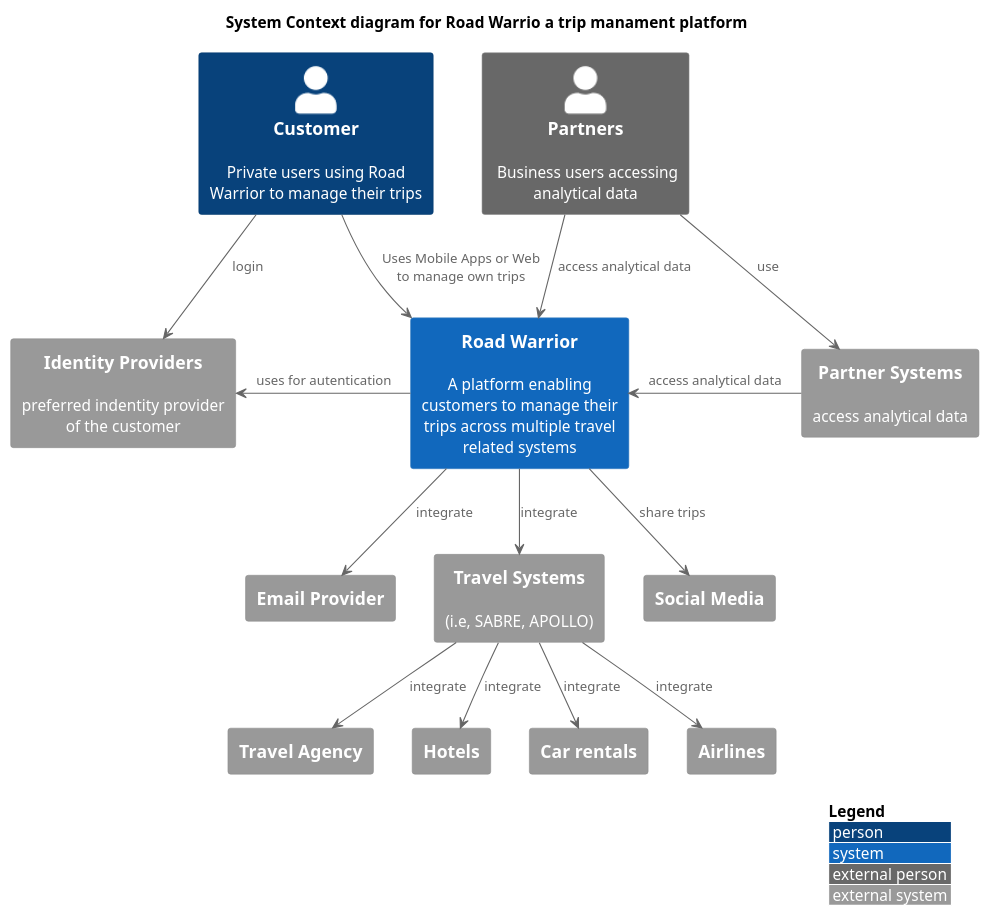
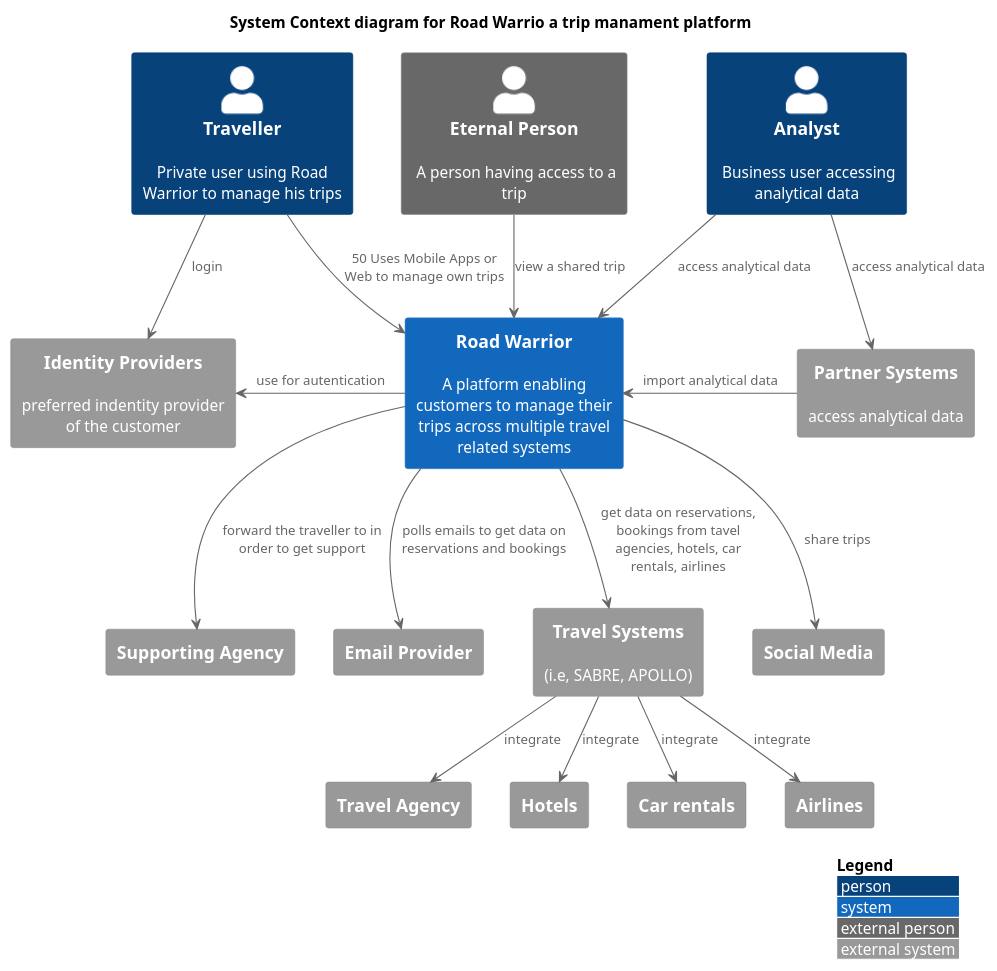
The diagram in diagrams/context.puml (wschaef/architecture-kata-2023), drawn with PlantUML before and after one commit. The commit also changed 1 other file, not shown here.

```diff
--- a/diagrams/context.puml
+++ b/diagrams/context.puml
@@ -1,35 +1,39 @@
 @startuml
 !include <C4/C4_Context>
 
 LAYOUT_WITH_LEGEND()
 
 title System Context diagram for Road Warrio a trip manament platform
 
-Person(customer, "Customer", "Private users using Road Warrior to manage their trips") 
-Person_Ext(partnerUser, "Partners", " Business users accessing analytical data")
+Person(customer, "Traveller", "Private user using Road Warrior to manage his trips") 
+Person(partnerUser, "Analyst", " Business user accessing analytical data")
+Person_Ext(extPerson, "Eternal Person", " A person having access to a trip")
 System(system, "Road Warrior", "A platform enabling customers to manage their trips across multiple travel related systems") 
 System_Ext(travelAgency, "Travel Agency")
+System_Ext(supportingAgency, "Supporting Agency")
 System_Ext(emailProvider, "Email Provider")
 System_Ext(hotels, "Hotels")
 System_Ext(carRentals, "Car rentals")
 System_Ext(airlines, "Airlines")
 System_Ext(travelSystems, "Travel Systems", "(i.e, SABRE, APOLLO)")
 System_Ext(socialMedia, "Social Media")
 System_Ext(partnerSystems, "Partner Systems", "access analytical data")
 System_Ext(idps, "Identity Providers", "preferred indentity provider of the customer")
 
-customer --> system : Uses Mobile Apps or Web to manage own trips
+customer --> system :50 Uses Mobile Apps or Web to manage own trips
 customer --> idps: login
+extPerson --> system: view a shared trip
 partnerUser --> system: access analytical data
-partnerUser --> partnerSystems: use
-system --> travelSystems : integrate
-system -L-> idps: uses for autentication 
+partnerUser --> partnerSystems: access analytical data
+system --> travelSystems : get data on reservations, bookings from tavel agencies, hotels, car rentals, airlines
+system -L-> idps: use for autentication 
 travelSystems --> travelAgency : integrate
 travelSystems --> hotels : integrate
 travelSystems --> carRentals : integrate
 travelSystems --> airlines : integrate
-system --> emailProvider: integrate
+system --> emailProvider: polls emails to get data on reservations and bookings
 system --> socialMedia: share trips
-partnerSystems -L-> system: access analytical data
+system --> supportingAgency: forward the traveller to in order to get support
+partnerSystems -L-> system: import analytical data
 
 @enduml
```
